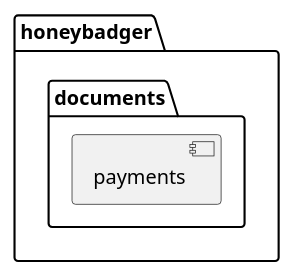
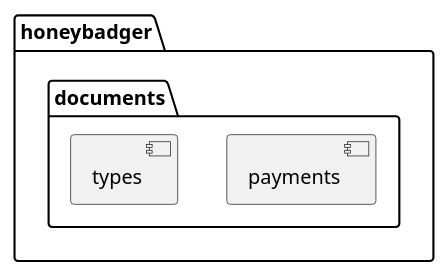
The diagram in packages/documents/docs/package_uml_diagram.md (HoneycombSystem/honeybadger), drawn with PlantUML before and after one commit. The commit also changed 2 other files, not shown here.

Commit message:
[nope] split types and payments to another component

````diff
--- a/packages/documents/docs/package_uml_diagram.md
+++ b/packages/documents/docs/package_uml_diagram.md
@@ -3,9 +3,10 @@
 ```plantuml
 @startuml
 package "honeybadger" {
     package "documents" {
         component "payments"
+        component "types"
     }
 }
 @enduml
 ```
````
